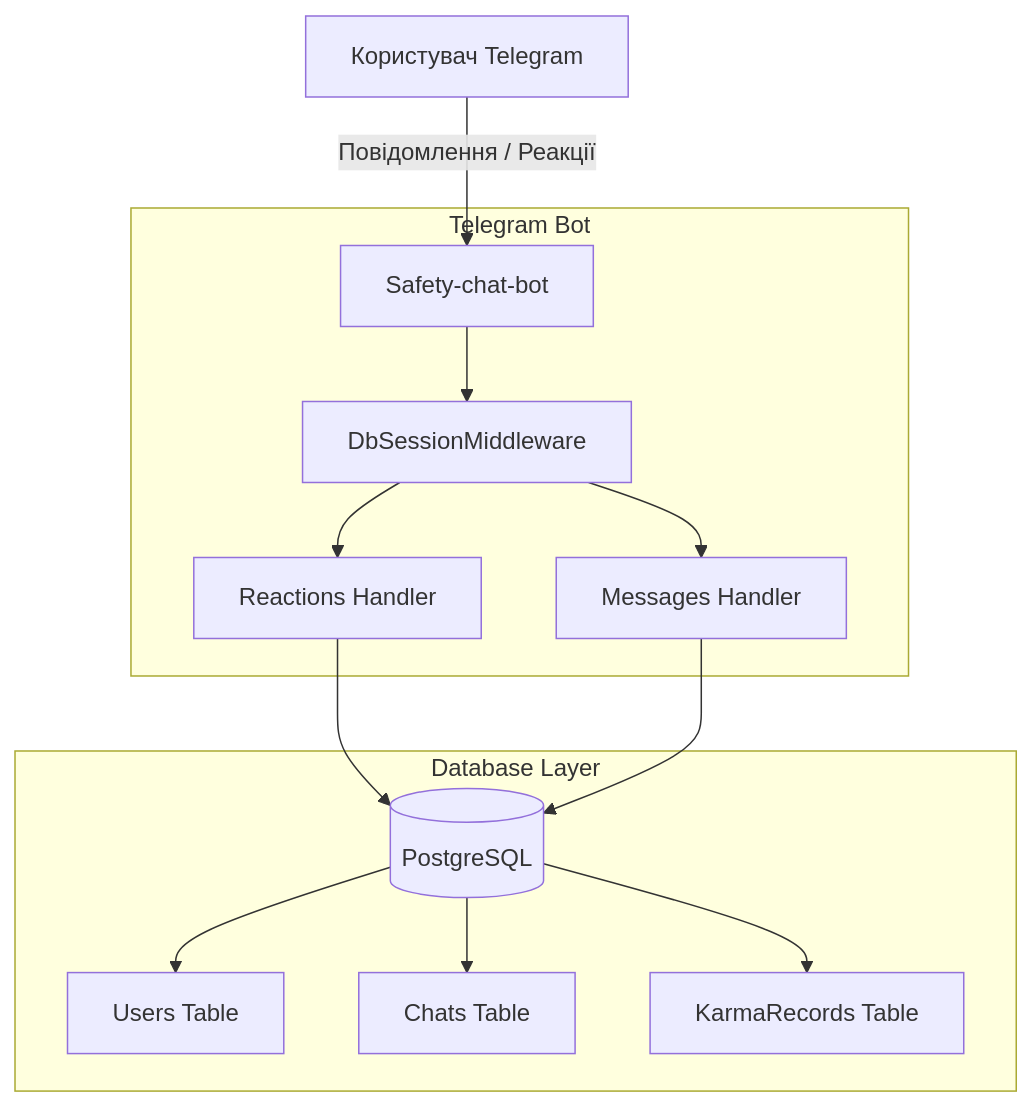
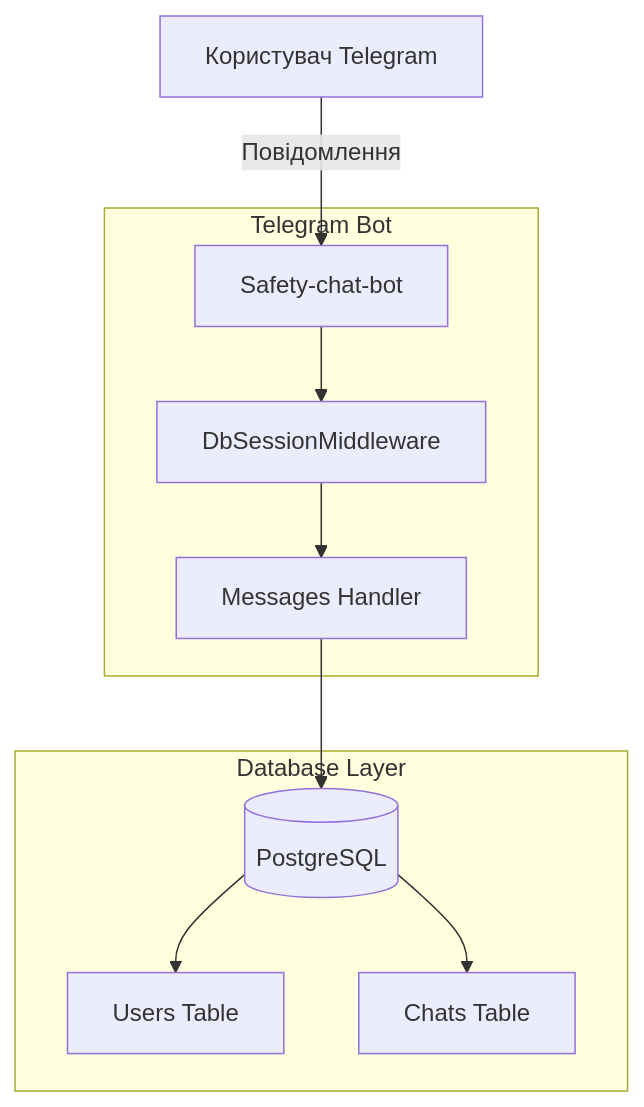
One commit to weby-homelab/safety-chat-bot changed the diagram in README.md. Above: the diagram before and after it, drawn with Mermaid. The commit also changed other lines of this file and 8 other files, not shown here.

Commit message:
feat: remove user karma and add admin notifications for events (#13)

````diff
--- a/README.md
+++ b/README.md
@@ -20,18 +19,15 @@
 ```mermaid
 graph TD;
-    User[Користувач Telegram] -->|Повідомлення / Реакції| Bot[Safety-chat-bot]
+    User[Користувач Telegram] -->|Повідомлення| Bot[Safety-chat-bot]
     
     subgraph Telegram Bot
         Bot --> Middleware[DbSessionMiddleware]
-        Middleware --> Router1[Reactions Handler]
         Middleware --> Router2[Messages Handler]
     end
     
     subgraph Database Layer
-        Router1 --> DB[(PostgreSQL)]
-        Router2 --> DB
+        Router2 --> DB[(PostgreSQL)]
         DB --> Users[Users Table]
         DB --> Chats[Chats Table]
-        DB --> Karma[KarmaRecords Table]
     end
 ```
````
